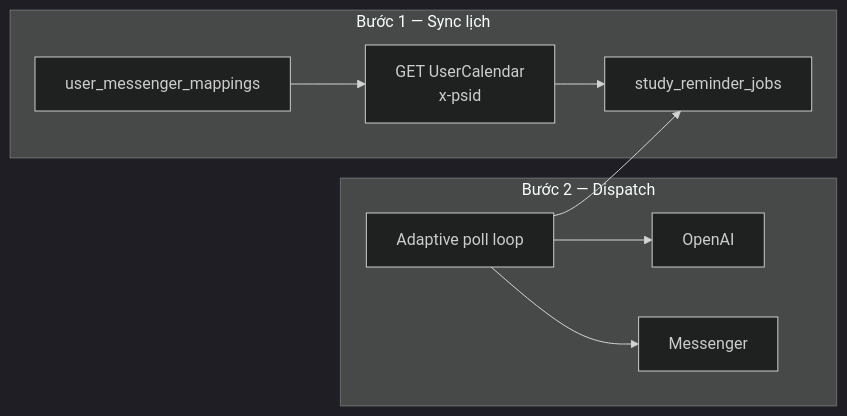
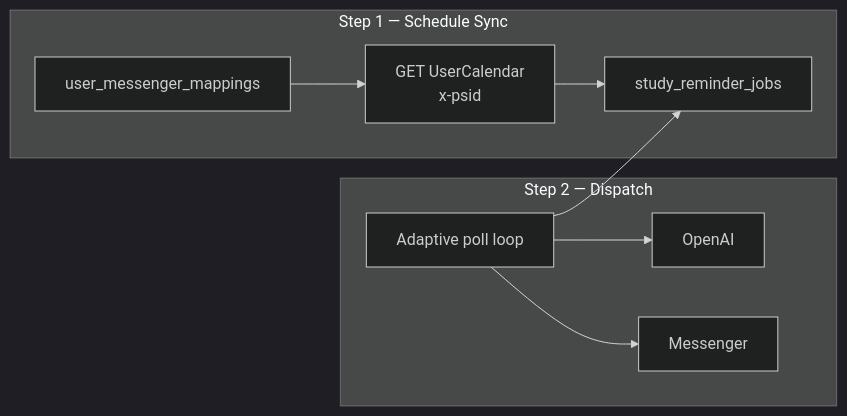
Before and after one commit to lengocanh2005it/messenger-ai-for-student: the first of 5 diagrams in apps/messenger-bot/docs/study-session-reminder.md, drawn with Mermaid (dark theme). The commit also changed other lines of this file and 25 other files, not shown here.

````diff
--- a/apps/messenger-bot/docs/study-session-reminder.md
+++ b/apps/messenger-bot/docs/study-session-reminder.md
@@ -20,19 +20,19 @@
 ```mermaid
 flowchart LR
-  subgraph Sync["Bước 1 — Sync lịch"]
+  subgraph Sync["Step 1 — Schedule Sync"]
     Cal["GET UserCalendar\nx-psid"]
     Map["user_messenger_mappings"]
     Jobs["study_reminder_jobs"]
     Map --> Cal
     Cal --> Jobs
   end
 
-  subgraph Dispatch["Bước 2 — Dispatch"]
+  subgraph Dispatch["Step 2 — Dispatch"]
     Worker["Adaptive poll loop"]
     LLM["OpenAI"]
     FB["Messenger"]
     Worker --> Jobs
     Worker --> LLM
     Worker --> FB
   end
 ```
````
